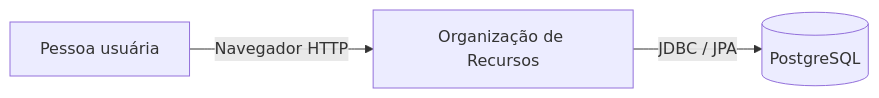
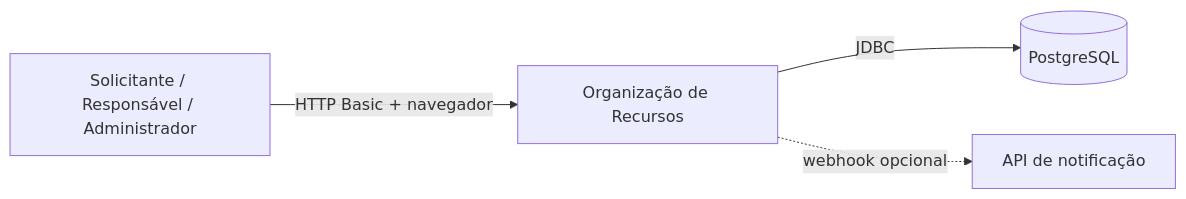
One commit to FelipeR8083/organizacao-recursos changed the first of 2 diagrams in docs/ARQUITETURA-E-OPERACAO.md. Above: the diagram before and after it, drawn with Mermaid. The commit also changed other lines of this file, not shown here.

````diff
--- a/docs/ARQUITETURA-E-OPERACAO.md
+++ b/docs/ARQUITETURA-E-OPERACAO.md
@@ -9,5 +9,6 @@
 ```mermaid
 flowchart LR
-    U[Pessoa usuária] -->|Navegador HTTP| S[Organização de Recursos]
-    S -->|JDBC / JPA| DB[(PostgreSQL)]
+  U[Solicitante / Responsável / Administrador] -->|HTTP Basic + navegador| S[Organização de Recursos]
+  S -->|JDBC| DB[(PostgreSQL)]
+  S -. webhook opcional .-> N[API de notificação]
 ```
````
